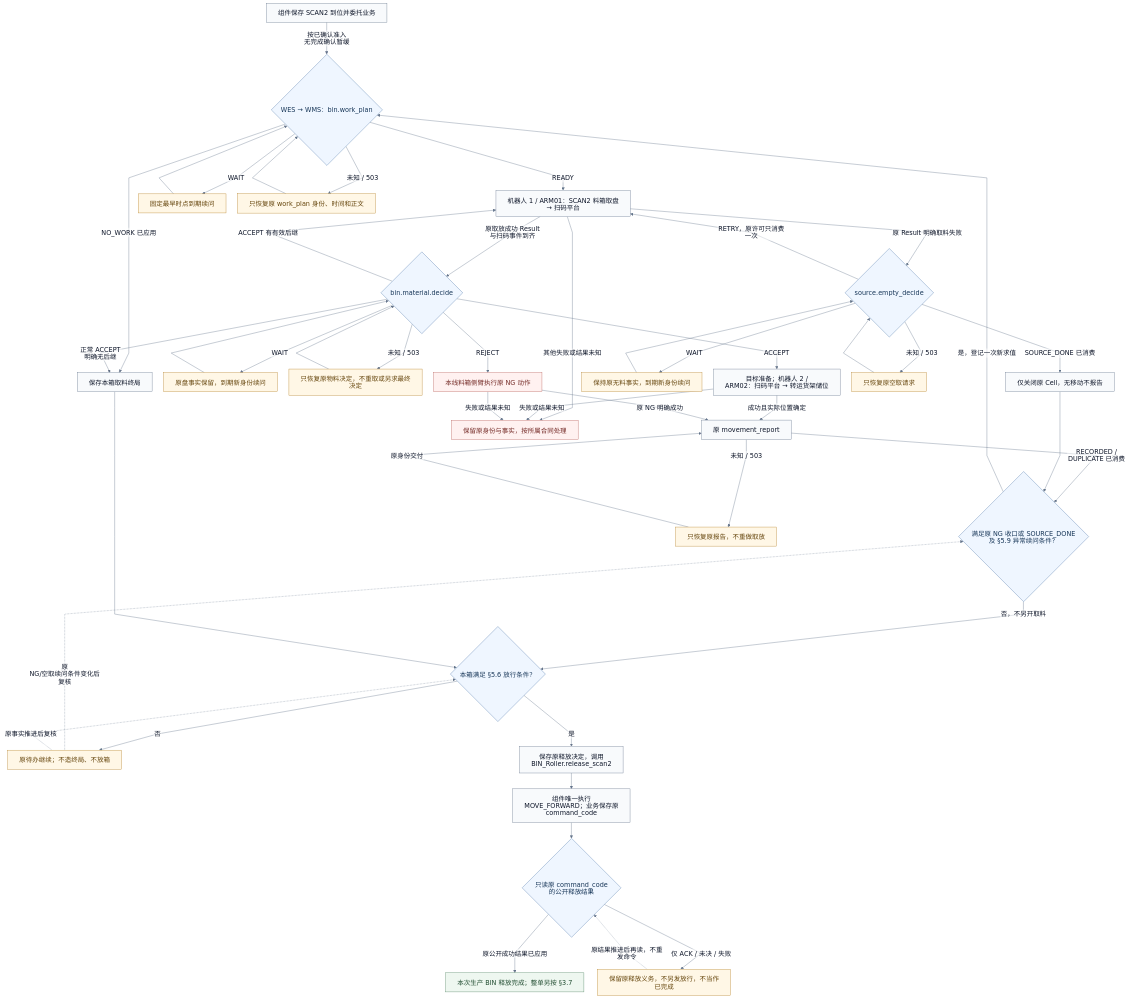
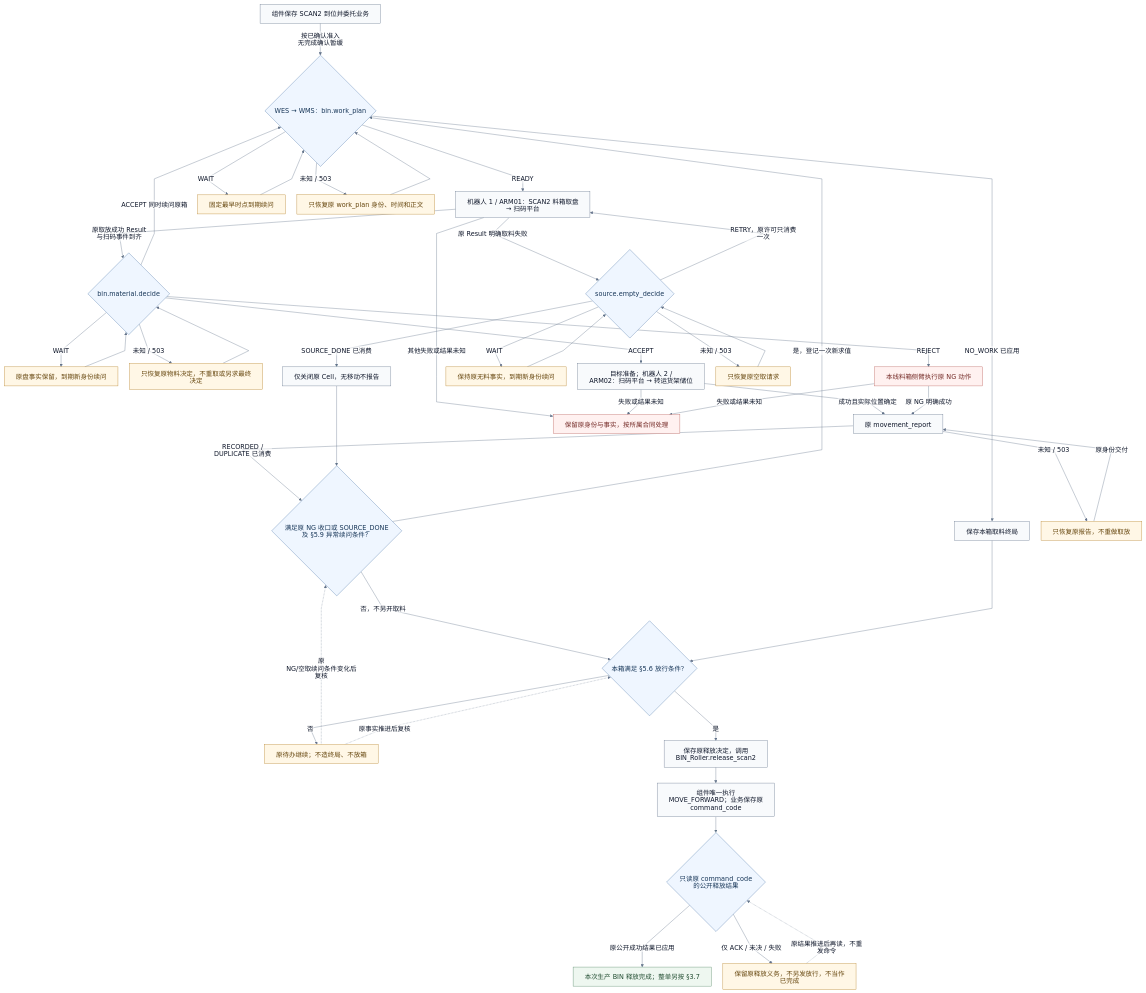
The second of 4 diagrams in docs/integrations/smt-auto-api.md (kaizhoumasha/maintenance-admin), drawn with Mermaid before and after one commit. The commit also changed other lines of this file and 19 other files, not shown here.

````diff
--- a/docs/integrations/smt-auto-api.md
+++ b/docs/integrations/smt-auto-api.md
@@ -244,56 +244,55 @@
 ```mermaid
 %%{init: {"htmlLabels":false,"theme":"base","flowchart":{"htmlLabels":false,"padding":16,"nodeSpacing":32,"rankSpacing":44,"curve":"linear","wrappingWidth":320,"diagramPadding":20},"themeVariables":{"fontFamily":"sans-serif","fontSize":"18px","lineColor":"#64748b","edgeLabelBackground":"#ffffff","primaryColor":"#f8fafc","primaryTextColor":"#0f172a","primaryBorderColor":"#64748b"},"fontFamily":"sans-serif"}}%%
 flowchart TB
     B0["组件保存 SCAN2 到位并委托业务"] -->|按已确认准入<br/>无完成确认暂缓| B1{"WES → WMS：bin.work_plan"}
     B1 -->|READY| B2["机器人 1 / ARM01：SCAN2 料箱取盘 → 扫码平台"]
     B1 -->|WAIT| BW["固定最早时点到期续问"]
     BW --> B1
     B1 -->|未知 / 503| BWP["只恢复原 work_plan 身份、时间和正文"]
     BWP --> B1
     B1 -->|NO_WORK 已应用| BT["保存本箱取料终局"]
     B2 -->|原取放成功 Result 与扫码事件到齐| B3{"bin.material.decide"}
     B3 -->|WAIT| BDW["原盘事实保留，到期新身份续问"]
     BDW --> B3
     B3 -->|未知 / 503| BMP["只恢复原物料决定，不重取或另求最终决定"]
     BMP --> B3
     B3 -->|ACCEPT| B4["目标准备；机器人 2 / ARM02：扫码平台 → 转运货架储位"]
-    B3 -->|ACCEPT 有有效后继| B2
-    B3 -->|正常 ACCEPT 明确无后继| BT
+    B3 -->|ACCEPT 同时续问原箱| B1
     B3 -->|REJECT| BNG["本线料箱侧臂执行原 NG 动作"]
     B4 -->|成功且实际位置确定| B5["原 movement_report"]
     BNG -->|原 NG 明确成功| B5
     B5 -->|RECORDED / DUPLICATE 已消费| BA{"满足原 NG 收口或 SOURCE_DONE<br/>及 §5.9 异常续问条件？"}
     B5 -->|未知 / 503| BREP["只恢复原报告，不重做取放"]
     BREP -->|原身份交付| B5
     B2 -->|原 Result 明确取料失败| BE{"source.empty_decide"}
     BE -->|WAIT| BEW["保持原无料事实，到期新身份续问"]
     BEW --> BE
     BE -->|RETRY，原许可只消费一次| B2
     BE -->|SOURCE_DONE 已消费| BSC["仅关闭原 Cell，无移动不报告"]
     BSC --> BA
     BA -->|是，登记一次新求值| B1
     BA -->|否，不另开取料| BC{"本箱满足 §5.6 放行条件？"}
     BT --> BC
     BC -->|否| BP["原待办继续；不造终局、不放箱"]
     BP -.->|原 NG/空取续问条件变化后复核| BA
     BP -.->|原事实推进后复核| BC
     BC -->|是| B6["保存原释放决定，调用 BIN_Roller.release_scan2"]
     B6 --> BREL["组件唯一执行 MOVE_FORWARD；业务保存原 command_code"]
     BREL --> BRES{"只读原 command_code 的公开释放结果"}
     BRES -->|原公开成功结果已应用| BDONE["本次生产 BIN 释放完成；整单另按 §3.7"]
     BRES -->|仅 ACK / 未决 / 失败| BH["保留原释放义务，不另发放行，不当作已完成"]
     BH -.->|原结果推进后再读，不重发命令| BRES
     B2 -->|其他失败或结果未知| BU["保留原身份与事实，按所属合同处理"]
     B4 -->|失败或结果未知| BU
     BNG -->|失败或结果未知| BU
     BE -->|未知 / 503| BUP["只恢复原空取请求"]
     BUP --> BE
     classDef decision fill:#eff6ff,stroke:#4d76a8,color:#173658
     classDef waiting fill:#fff7e6,stroke:#b58127,color:#65450c
     classDef attention fill:#fff1f0,stroke:#b85d58,color:#742a26
     classDef done fill:#eef7f0,stroke:#508462,color:#214d31
     class B1,B3,BE,BA,BC,BRES decision
     class BW,BDW,BEW,BP,BREP,BH,BUP,BWP,BMP waiting
     class BNG,BU attention
     class BDONE done
 ```
````
